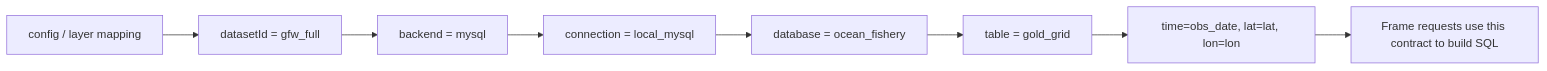
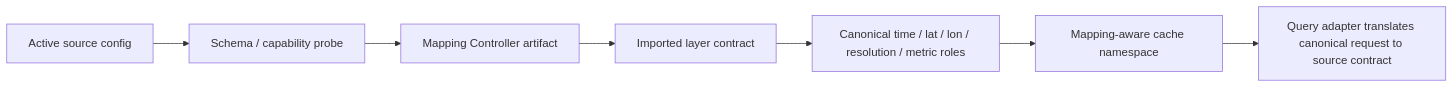
One commit to Kagamihara-Ruruka/gfw-flask-mysql-adapter changed the fifth of 5 diagrams in README.md. Above: the diagram before and after it, drawn with Mermaid. The commit also changed other lines of this file and 187 other files, not shown here.

Commit message:
Checkpoint lifecycle and runtime architecture

````diff
--- a/README.md
+++ b/README.md
@@ -383,10 +396,9 @@
 ```mermaid
 flowchart LR
-  A["config / layer mapping"] --> B["datasetId = gfw_full"]
-  B --> C["backend = mysql"]
-  C --> D["connection = local_mysql"]
-  D --> E["database = ocean_fishery"]
-  E --> F["table = gold_grid"]
-  F --> G["time=obs_date, lat=lat, lon=lon"]
-  G --> H["Frame requests use this contract to build SQL"]
+  A["Active source config"] --> B["Schema / capability probe"]
+  B --> C["Mapping Controller artifact"]
+  C --> D["Imported layer contract"]
+  D --> E["Canonical time / lat / lon / resolution / metric roles"]
+  E --> F["Mapping-aware cache namespace"]
+  F --> G["Query adapter translates canonical request to source contract"]
 ```
````
